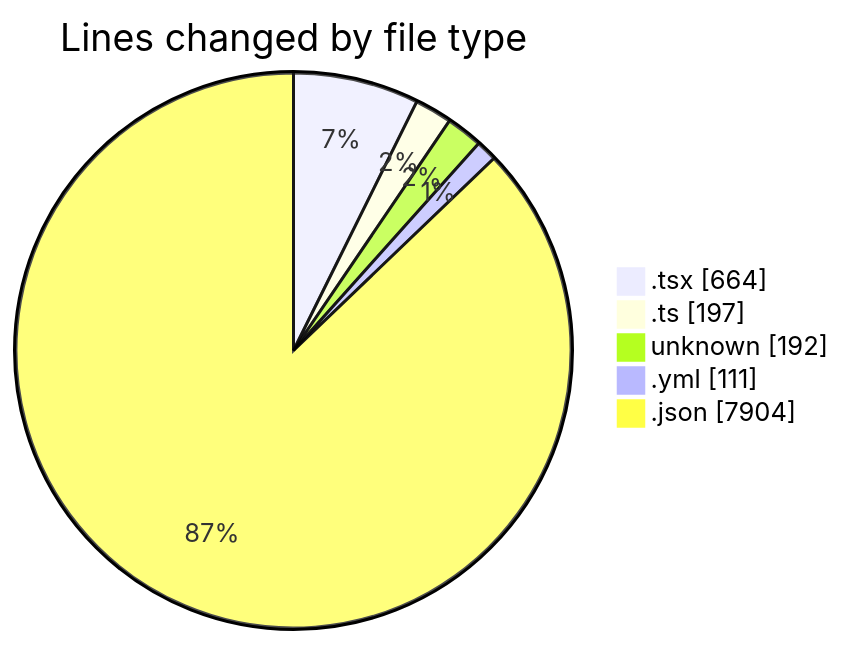
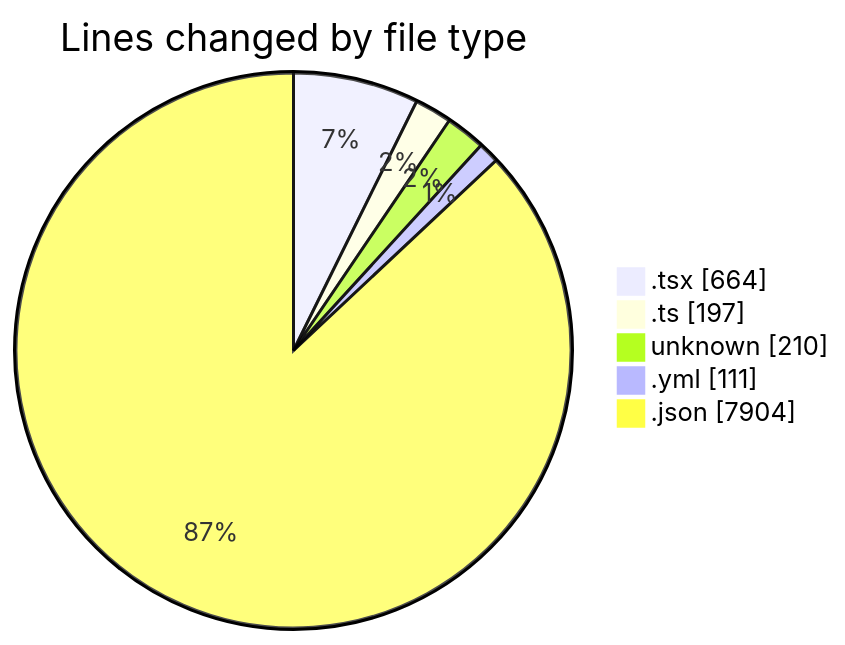
Before and after one commit to Elitesun/code-tracking: the first of 2 diagrams in 2025-05-20/niten/README.md, drawn with Mermaid. The commit also changed other lines of this file and 1 other file, not shown here.

````diff
--- a/2025-05-20/niten/README.md
+++ b/2025-05-20/niten/README.md
@@ -31,9 +33,9 @@
 ```mermaid
 pie showData
 title Lines changed by file type
 ".tsx" : 664
 ".ts" : 197
-"unknown" : 192
+"unknown" : 210
 ".yml" : 111
 ".json" : 7904
 ```
````
